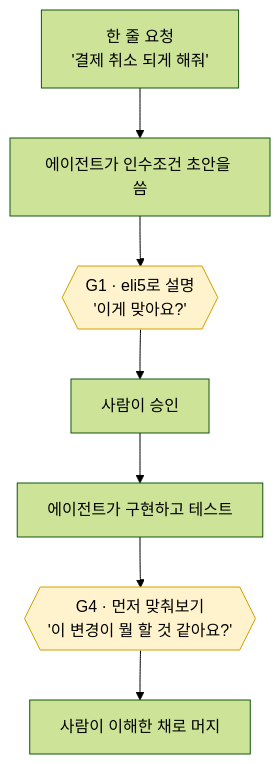
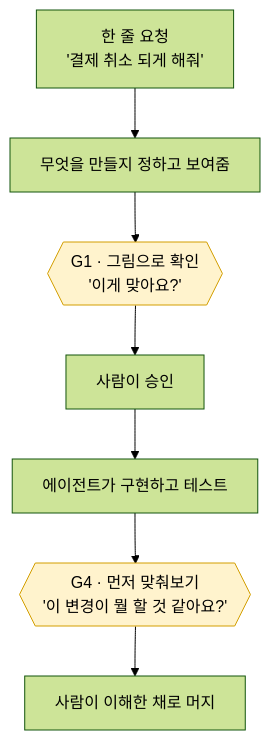
Before and after one commit to syjkim0125/ai-workflow-kit: the diagram in README.md, drawn with Mermaid (forest theme). The commit also changed other lines of this file, not shown here.

````diff
--- a/README.md
+++ b/README.md
@@ -7,12 +7,12 @@
 ```mermaid
 flowchart TD
-    A["한 줄 요청<br/>'결제 취소 되게 해줘'"] --> B["에이전트가 인수조건 초안을 씀"]
-    B --> G1{{"G1 · eli5로 설명<br/>'이게 맞아요?'"}}
+    A["한 줄 요청<br/>'결제 취소 되게 해줘'"] --> B["무엇을 만들지 정하고 보여줌"]
+    B --> G1{{"G1 · 그림으로 확인<br/>'이게 맞아요?'"}}
     G1 --> C["사람이 승인"]
     C --> D["에이전트가 구현하고 테스트"]
     D --> G4{{"G4 · 먼저 맞춰보기<br/>'이 변경이 뭘 할 것 같아요?'"}}
     G4 --> E["사람이 이해한 채로 머지"]
 
     style G1 fill:#fff3cd,stroke:#d39e00,color:#000
     style G4 fill:#fff3cd,stroke:#d39e00,color:#000
 ```
````
